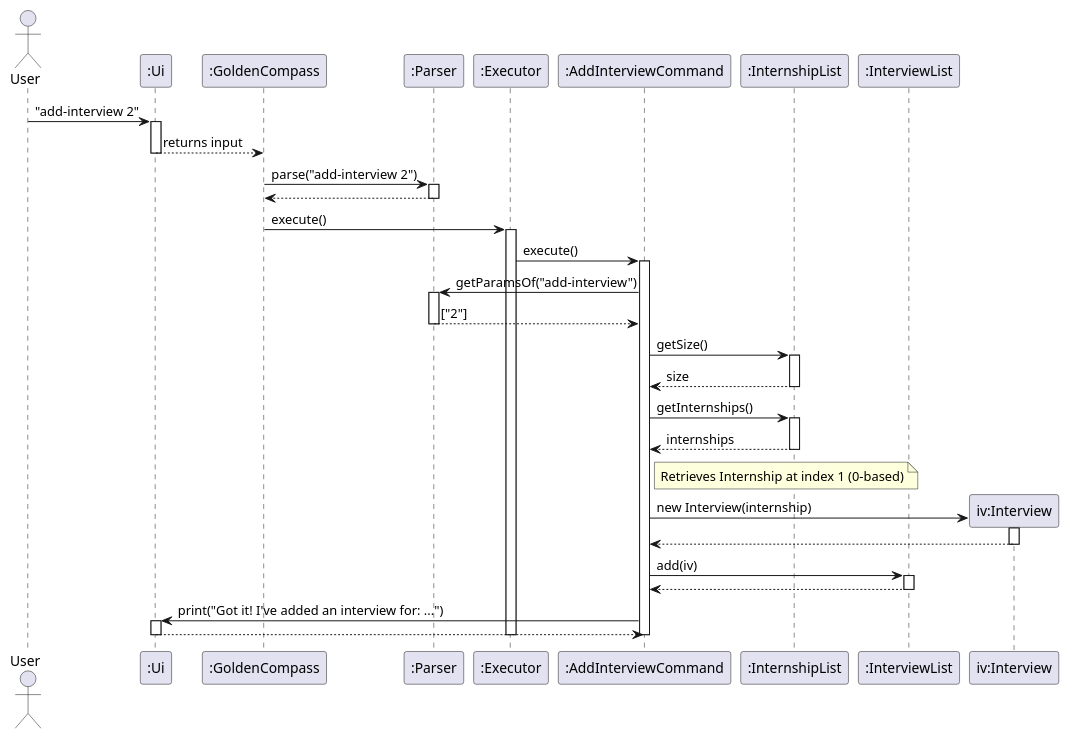
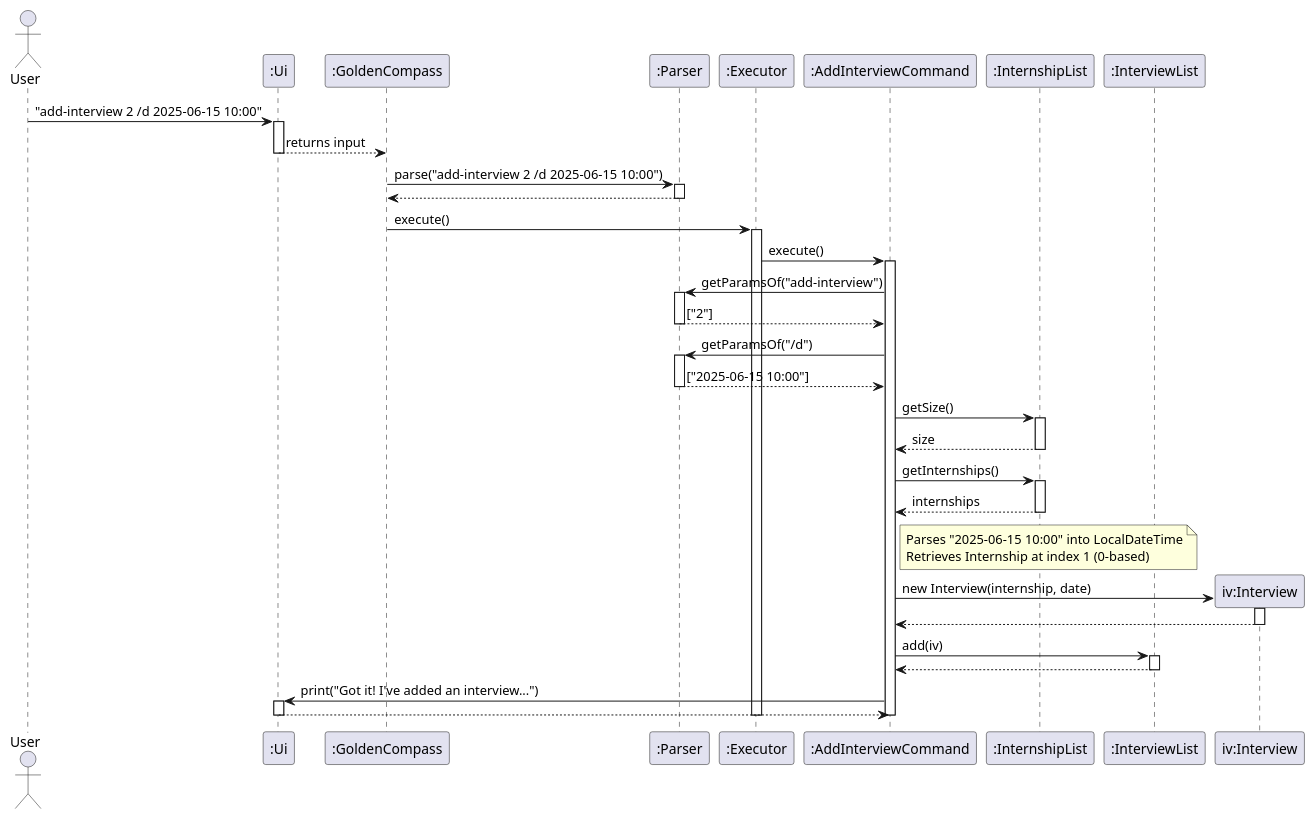
The diagram in docs/diagrams/AddInterviewSequenceDiagram.puml (AY2526S2-CS2113-W10-4/tp), drawn with PlantUML before and after one commit. The commit also changed 4 other files, not shown here.

Commit message:
Update Developer Guide for add-interview, update-date, search-interview, and clear-rejected

```diff
--- a/docs/diagrams/AddInterviewSequenceDiagram.puml
+++ b/docs/diagrams/AddInterviewSequenceDiagram.puml
@@ -1,61 +1,66 @@
 @startuml
 actor User
 participant ":Ui" as Ui
 participant ":GoldenCompass" as GC
 participant ":Parser" as Parser
 participant ":Executor" as Executor
 participant ":AddInterviewCommand" as AIC
 participant ":InternshipList" as IL
 participant ":InterviewList" as IVL
 
-User -> Ui : "add-interview 2"
+User -> Ui : "add-interview 2 /d 2025-06-15 10:00"
 activate Ui
 Ui --> GC : returns input
 deactivate Ui
 
-GC -> Parser : parse("add-interview 2")
+GC -> Parser : parse("add-interview 2 /d 2025-06-15 10:00")
 activate Parser
 Parser --> GC
 deactivate Parser
 
 GC -> Executor : execute()
 activate Executor
 Executor -> AIC : execute()
 activate AIC
 
 AIC -> Parser : getParamsOf("add-interview")
 activate Parser
 Parser --> AIC : ["2"]
 deactivate Parser
 
+AIC -> Parser : getParamsOf("/d")
+activate Parser
+Parser --> AIC : ["2025-06-15 10:00"]
+deactivate Parser
+
 AIC -> IL : getSize()
 activate IL
 IL --> AIC : size
 deactivate IL
 
 AIC -> IL : getInternships()
 activate IL
 IL --> AIC : internships
 deactivate IL
 
-note right of AIC : Retrieves Internship at index 1 (0-based)
+note right of AIC : Parses "2025-06-15 10:00" into LocalDateTime\nRetrieves Internship at index 1 (0-based)
 
 create "iv:Interview" as IV
-AIC -> IV : new Interview(internship)
+AIC -> IV : new Interview(internship, date)
 activate IV
 IV --> AIC
 deactivate IV
 
 AIC -> IVL : add(iv)
 activate IVL
 IVL --> AIC
 deactivate IVL
 
-AIC -> Ui : print("Got it! I've added an interview for: ...")
+AIC -> Ui : print("Got it! I've added an interview...")
 activate Ui
 Ui --> AIC
 deactivate Ui
 
 deactivate AIC
 deactivate Executor
 @enduml
```
